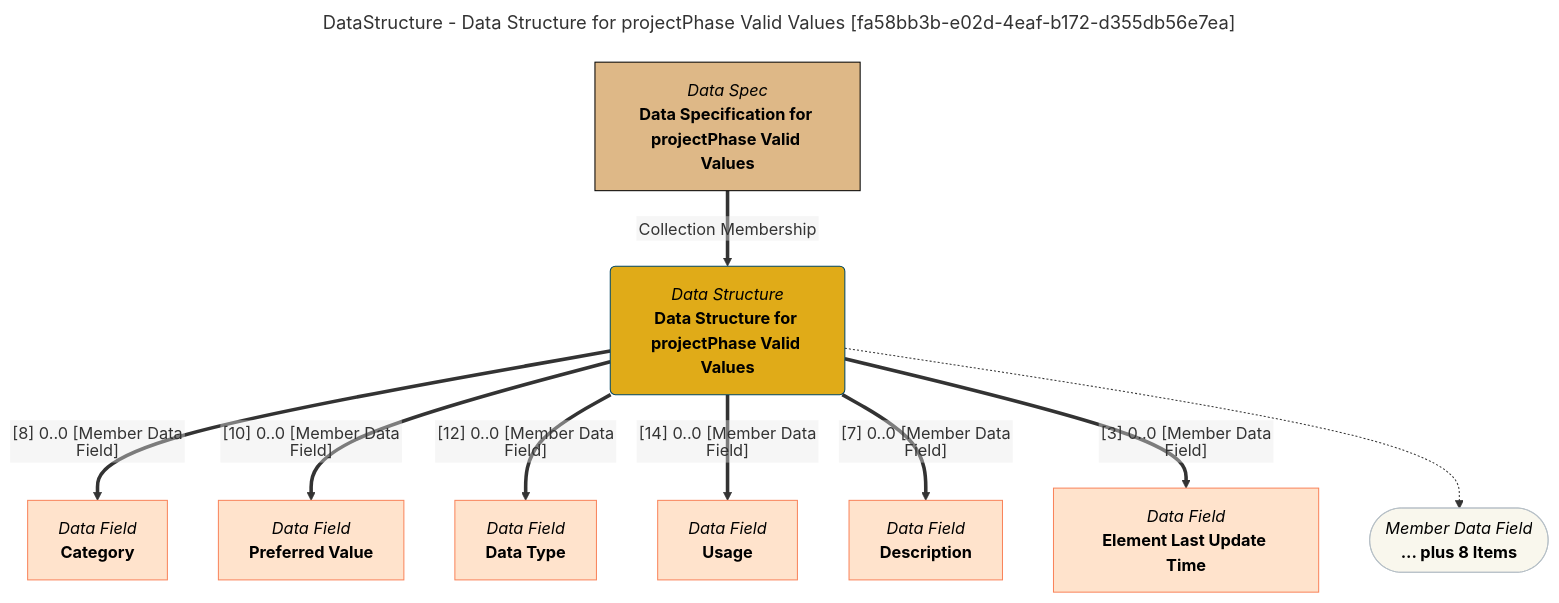
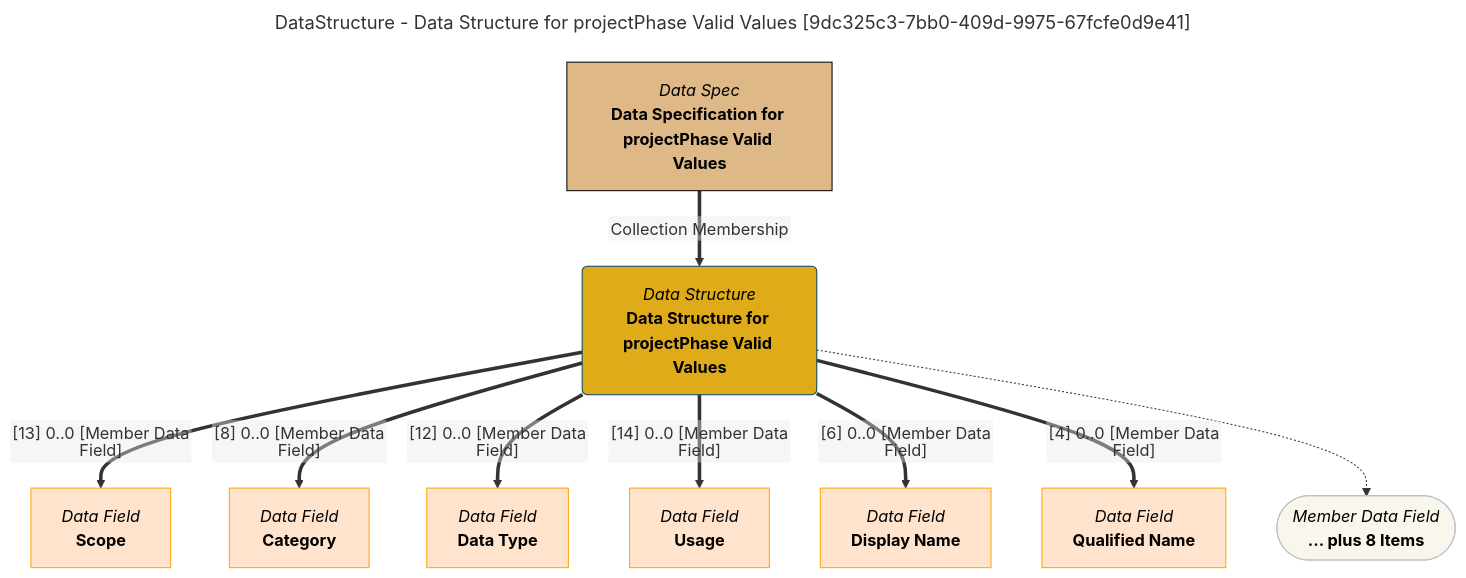
Before and after one commit to odpi/egeria-docs: the diagram in site/snippets/data-structures/data-structure-for-projectphase-valid-values-mermaid-graph.md, drawn with Mermaid. The commit also changed 2201 other files, not shown here.

````diff
--- a/site/snippets/data-structures/data-structure-for-projectphase-valid-values-mermaid-graph.md
+++ b/site/snippets/data-structures/data-structure-for-projectphase-valid-values-mermaid-graph.md
@@ -1,43 +1,43 @@
 ```mermaid
 ---
-title: DataStructure - Data Structure for projectPhase Valid Values [fa58bb3b-e02d-4eaf-b172-d355db56e7ea]
+title: DataStructure - Data Structure for projectPhase Valid Values [9dc325c3-7bb0-409d-9975-67fcfe0d9e41]
 ---
 flowchart TD
 %%{init: {"flowchart": {"htmlLabels": false}} }%%
 
 1@{ shape: rounded, label: "*Data Structure*
 **Data Structure for projectPhase Valid Values**"}
 2@{ shape: rect, label: "*Data Spec*
 **Data Specification for projectPhase Valid Values**"}
 2==>|"Collection Membership"|1
 3@{ shape: rect, label: "*Data Field*
+**Scope**"}
+1==>|"[13] 0..0 [Member Data Field]"|3
+4@{ shape: rect, label: "*Data Field*
 **Category**"}
-1==>|"[8] 0..0 [Member Data Field]"|3
-4@{ shape: rect, label: "*Data Field*
-**Preferred Value**"}
-1==>|"[10] 0..0 [Member Data Field]"|4
+1==>|"[8] 0..0 [Member Data Field]"|4
 5@{ shape: rect, label: "*Data Field*
 **Data Type**"}
 1==>|"[12] 0..0 [Member Data Field]"|5
 6@{ shape: rect, label: "*Data Field*
 **Usage**"}
 1==>|"[14] 0..0 [Member Data Field]"|6
 7@{ shape: rect, label: "*Data Field*
-**Description**"}
-1==>|"[7] 0..0 [Member Data Field]"|7
+**Display Name**"}
+1==>|"[6] 0..0 [Member Data Field]"|7
 8@{ shape: rect, label: "*Data Field*
-**Element Last Update Time**"}
-1==>|"[3] 0..0 [Member Data Field]"|8
+**Qualified Name**"}
+1==>|"[4] 0..0 [Member Data Field]"|8
 9@{ shape: stadium, label: "*Member Data Field*
 **... plus 8 Items**"}
 1-.->9
 style 1 color:#000000, fill:#e0ab18, stroke:#004563
-style 2 color:#000000, fill:#deb887, stroke:#000000
-style 3 color:#000000, fill:#ffe3cc, stroke:#f9845b
-style 4 color:#000000, fill:#ffe3cc, stroke:#f9845b
-style 5 color:#000000, fill:#ffe3cc, stroke:#f9845b
-style 6 color:#000000, fill:#ffe3cc, stroke:#f9845b
-style 7 color:#000000, fill:#ffe3cc, stroke:#f9845b
-style 8 color:#000000, fill:#ffe3cc, stroke:#f9845b
+style 2 color:#000000, fill:#DEB887, stroke:#000000
+style 3 color:#000000, fill:#ffe3cc, stroke:#FFA500
+style 4 color:#000000, fill:#ffe3cc, stroke:#FFA500
+style 5 color:#000000, fill:#ffe3cc, stroke:#FFA500
+style 6 color:#000000, fill:#ffe3cc, stroke:#FFA500
+style 7 color:#000000, fill:#ffe3cc, stroke:#FFA500
+style 8 color:#000000, fill:#ffe3cc, stroke:#FFA500
 style 9 color:#000000, fill:#F9F7ED, stroke:#b7c0c7
 ```
````
